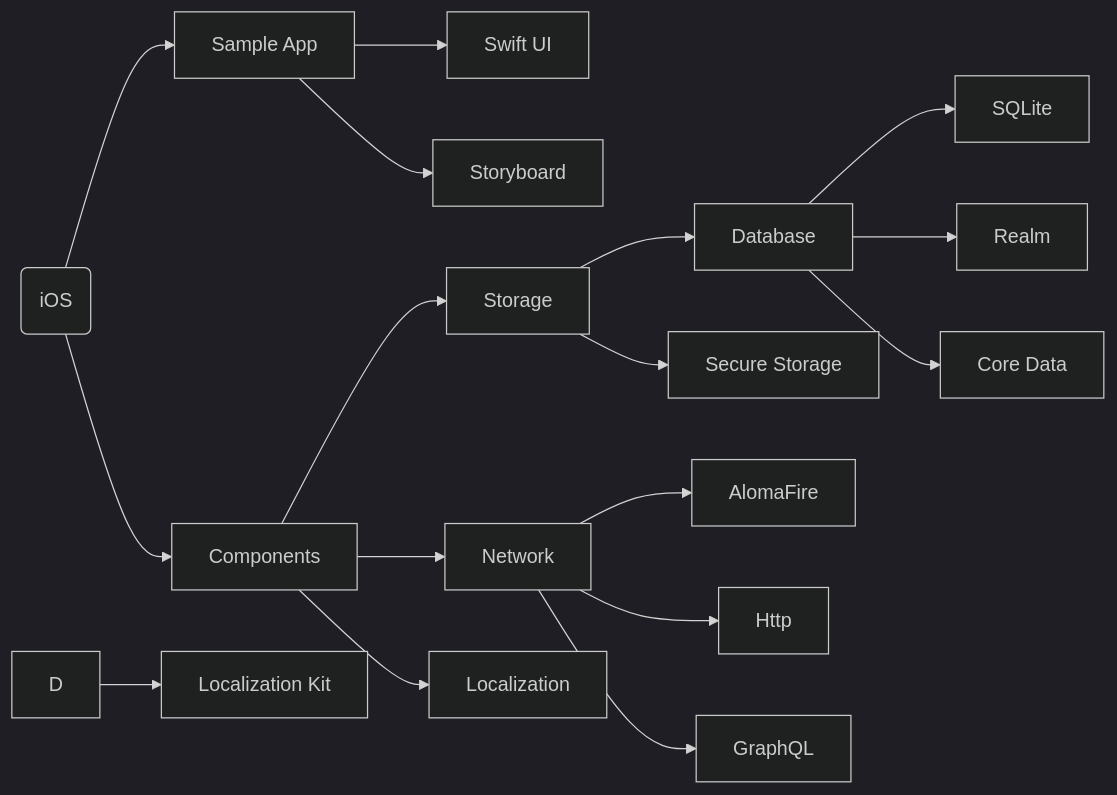
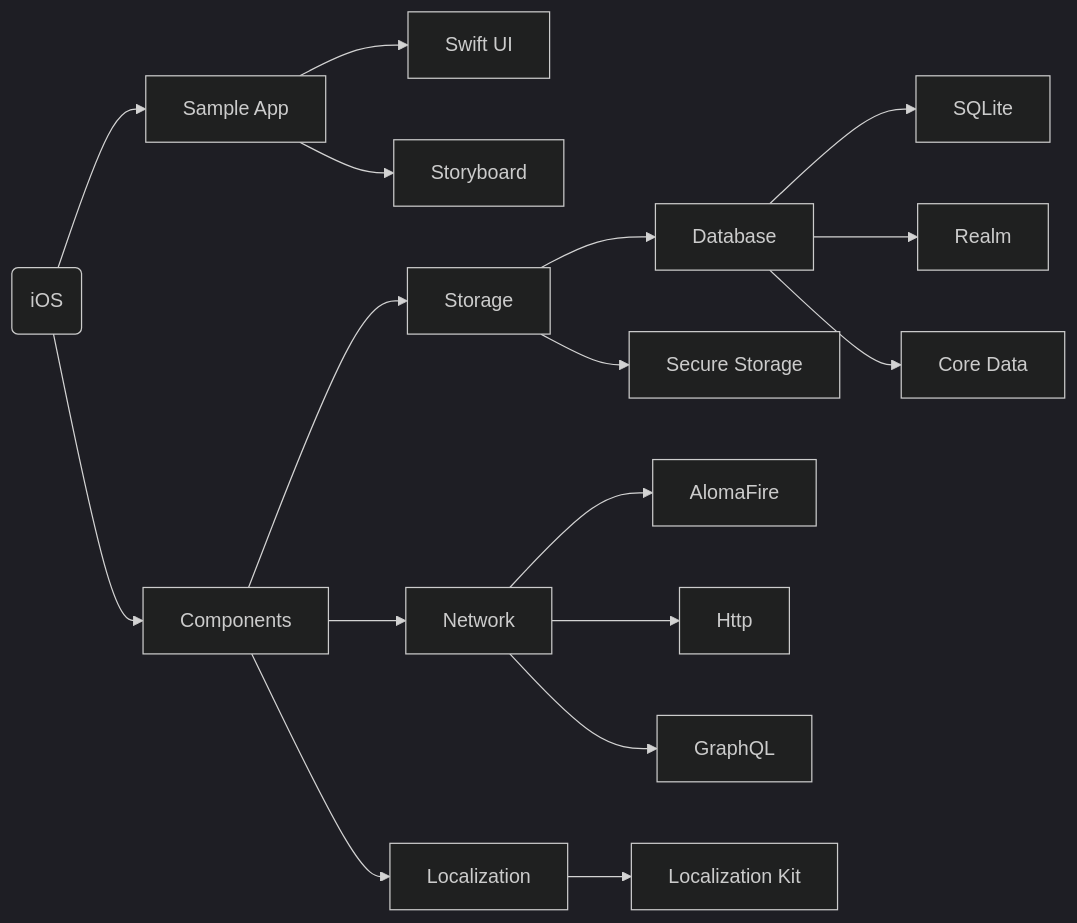
The diagram in README.md (Packiaseelan/test), drawn with Mermaid (dark theme) before and after one commit.

````diff
--- a/README.md
+++ b/README.md
@@ -3,29 +3,29 @@
 ```mermaid
 graph LR
 
 A(iOS)
 
 A --> B[Sample App]
 A --> C[Components]
 
 B --> B1[Swift UI]
 B --> B2[Storyboard]
 
 C --> C1[Storage]
 C --> C2[Network]
 C --> C3[Localization]
 
 C1 --> C11[Database]
 C1 --> C12[Secure Storage]
 
 C11 --> C111[SQLite]
 C11 --> C112[Realm]
 C11 --> C113[Core Data]
 
 C2 --> C21[AlomaFire]
 C2 --> C22[Http]
 C2 --> C23[GraphQL]
 
-D --> D1[Localization Kit]
+C3 --> C31[Localization Kit]
 
 ```
````
